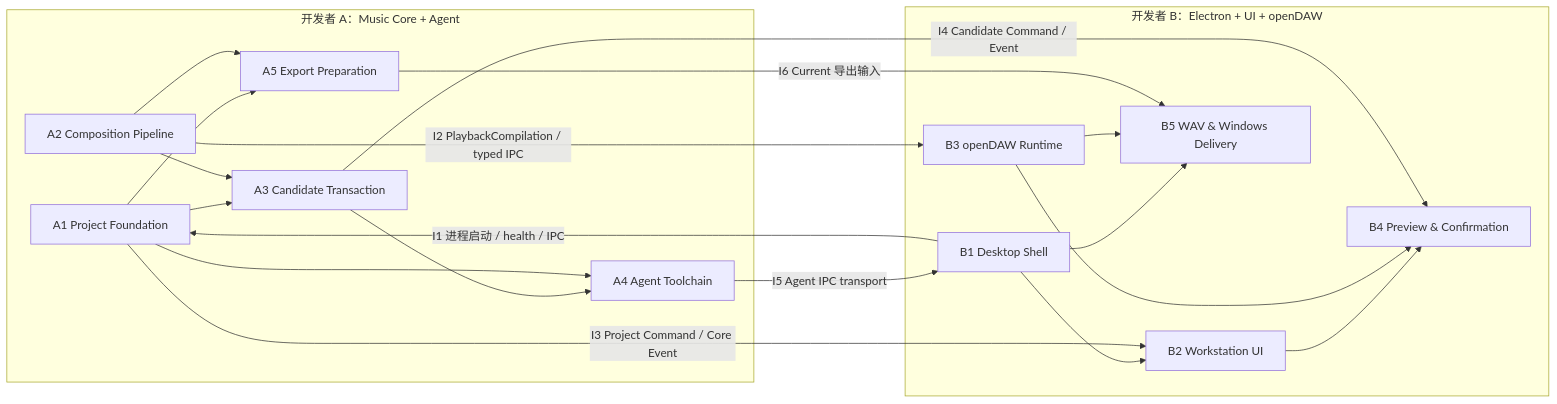
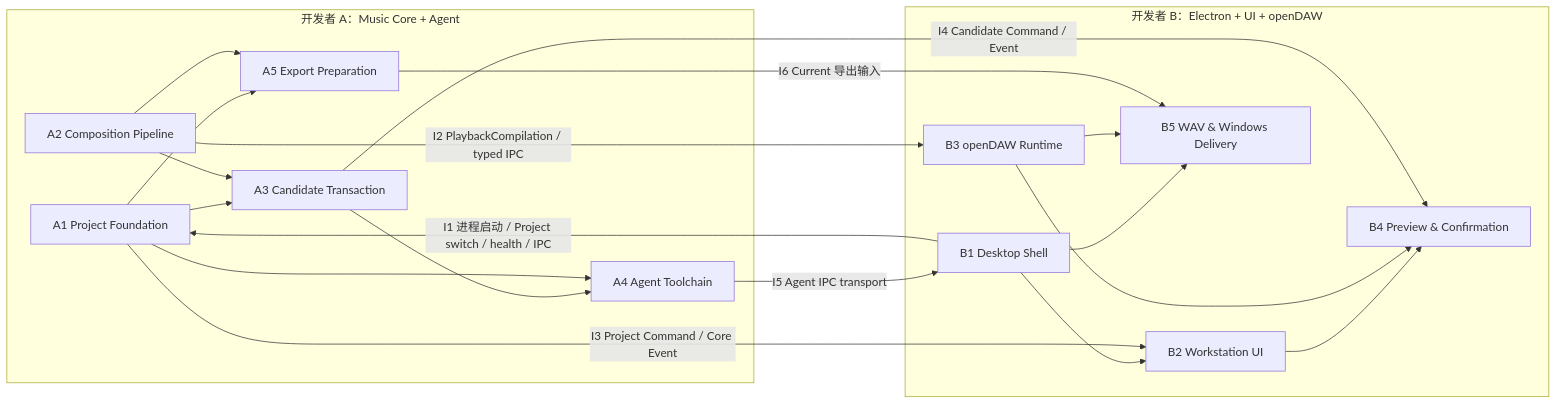
Before and after one commit to 10000-C/Music-Harness: the diagram in docs/devplan.md, drawn with Mermaid. The commit also changed other lines of this file and 3 other files, not shown here.

````diff
--- a/docs/devplan.md
+++ b/docs/devplan.md
@@ -464,38 +465,38 @@
 ```mermaid
 flowchart LR
     subgraph DEV_A[开发者 A：Music Core + Agent]
         A1[A1 Project Foundation]
         A2[A2 Composition Pipeline]
         A3[A3 Candidate Transaction]
         A4[A4 Agent Toolchain]
         A5[A5 Export Preparation]
 
         A1 --> A3
         A2 --> A3
         A3 --> A4
         A1 --> A4
         A1 --> A5
         A2 --> A5
     end
 
     subgraph DEV_B[开发者 B：Electron + UI + openDAW]
         B1[B1 Desktop Shell]
         B2[B2 Workstation UI]
         B3[B3 openDAW Runtime]
         B4[B4 Preview & Confirmation]
         B5[B5 WAV & Windows Delivery]
 
         B1 --> B2
         B2 --> B4
         B3 --> B4
         B1 --> B5
         B3 --> B5
     end
 
-    B1 -->|I1 进程启动 / health / IPC| A1
+    B1 -->|I1 进程启动 / Project switch / health / IPC| A1
     A2 -->|I2 PlaybackCompilation / typed IPC| B3
     A1 -->|I3 Project Command / Core Event| B2
     A3 -->|I4 Candidate Command / Event| B4
     A4 -->|I5 Agent IPC transport| B1
     A5 -->|I6 Current 导出输入| B5
 ```
````
